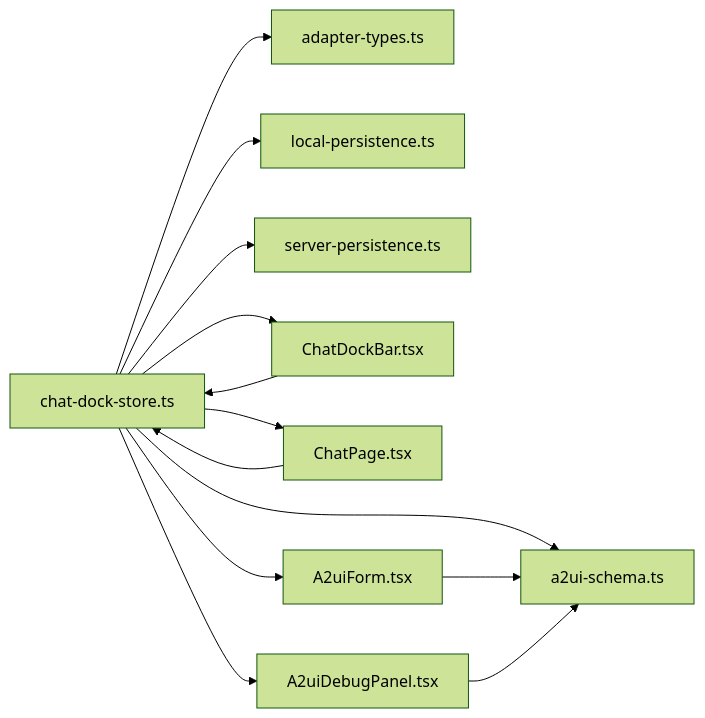
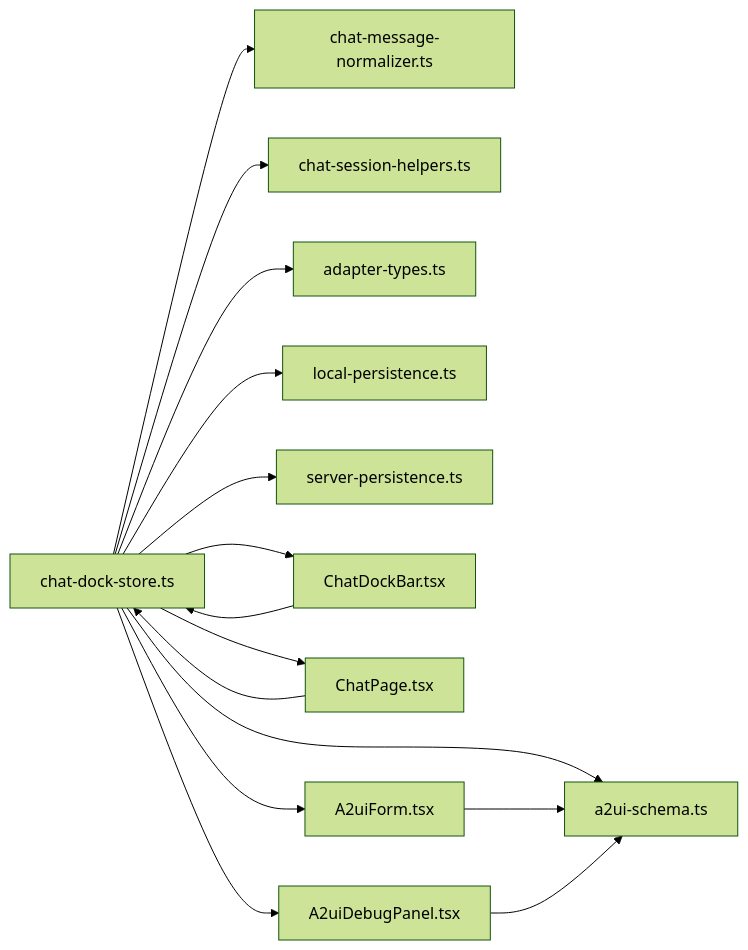
Diagram 13 of 13 in .qoder/repowiki/zh/content/状态管理系统/控制台 Store 系统/聊天停靠 Store.md (WW-AI-Lab/openclaw-office), drawn with Mermaid (forest theme) before and after one commit. The commit also changed other lines of this file and 27 other files, not shown here.

````diff
--- a/.qoder/repowiki/zh/content/状态管理系统/控制台 Store 系统/聊天停靠 Store.md
+++ b/.qoder/repowiki/zh/content/状态管理系统/控制台 Store 系统/聊天停靠 Store.md
@@ -470,15 +654,17 @@
 ```mermaid
 graph LR
-Store["chat-dock-store.ts"] --> Types["adapter-types.ts"]
+Store["chat-dock-store.ts"] --> Normalizer["chat-message-normalizer.ts"]
+Store --> Helpers["chat-session-helpers.ts"]
+Store --> Types["adapter-types.ts"]
 Store --> Local["local-persistence.ts"]
 Store --> Server["server-persistence.ts"]
 Store --> A2UI["a2ui-schema.ts"]
 UI1["ChatDockBar.tsx"] --> Store
 UI2["ChatPage.tsx"] --> Store
 UI3["A2uiForm.tsx"] --> A2UI
 UI4["A2uiDebugPanel.tsx"] --> A2UI
 Store --> UI1
 Store --> UI2
 Store --> UI3
 Store --> UI4
 ```
````
